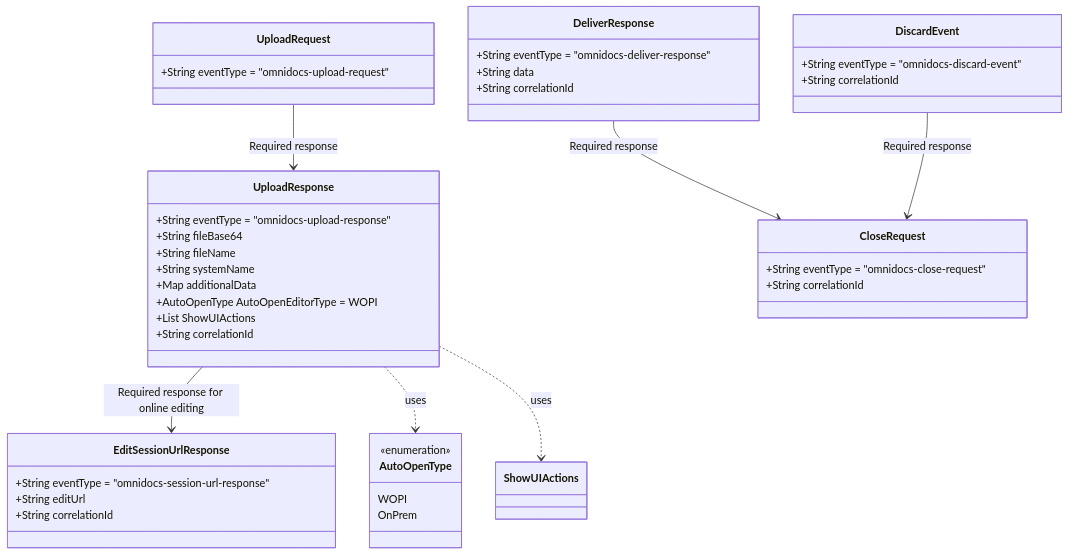
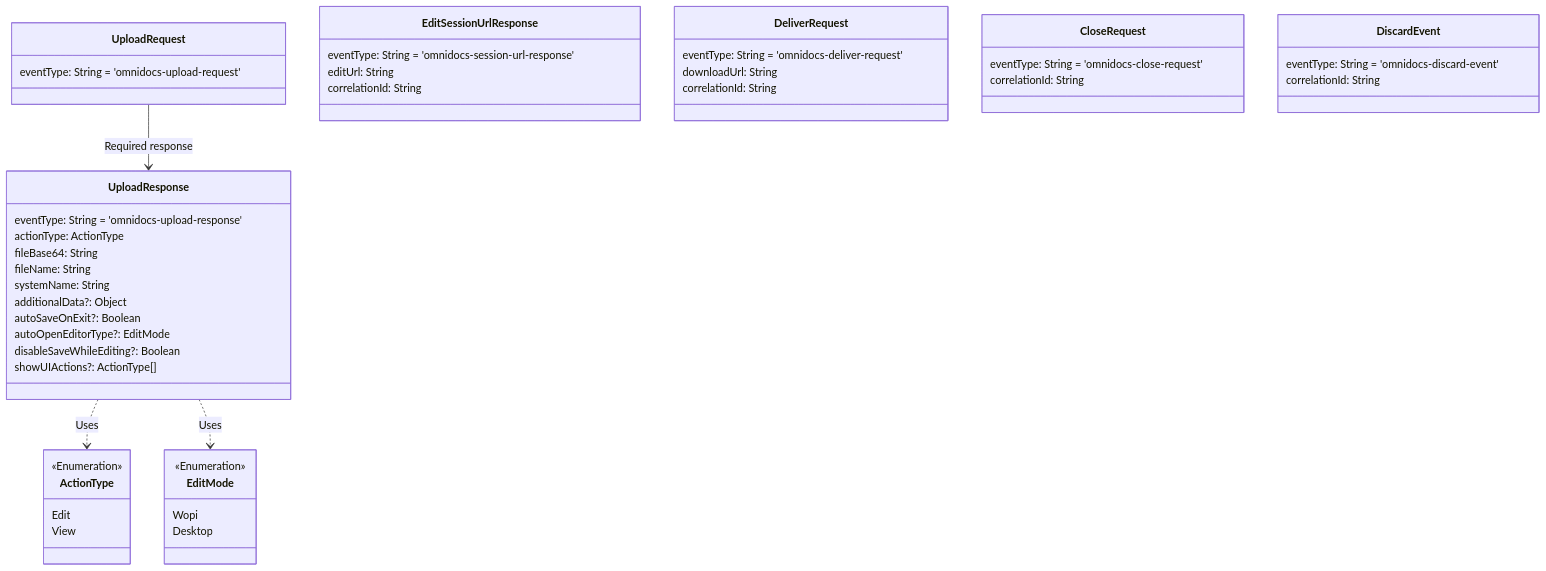
The second of 2 diagrams in README.md (Omnidocs/EditFlow), drawn with Mermaid before and after one commit. The commit also changed other lines of this file, not shown here.

````diff
--- a/README.md
+++ b/README.md
@@ -122,53 +143,53 @@
 ```mermaid
 classDiagram
     class UploadRequest {
-        +String eventType = "omnidocs-upload-request"
+        eventType: String = 'omnidocs-upload-request'
     }
-
     class UploadResponse {
-        +String eventType = "omnidocs-upload-response"
-        +String fileBase64
-        +String fileName
-        +String systemName
-        +Map additionalData
-        +AutoOpenType AutoOpenEditorType = WOPI
-        +List<AutoOpenType> ShowUIActions
-        +String correlationId
-    }
-
-    class AutoOpenType {
-        <<enumeration>>
-        WOPI
-        OnPrem
+        eventType: String = 'omnidocs-upload-response'
+        actionType: ActionType
+        fileBase64: String
+        fileName: String
+        systemName: String
+        additionalData?: Object
+        autoSaveOnExit?: Boolean
+        autoOpenEditorType?: EditMode
+        disableSaveWhileEditing?: Boolean
+        showUIActions?: ActionType[]
     }
 
     class EditSessionUrlResponse {
-        +String eventType = "omnidocs-session-url-response"
-        +String editUrl
-        +String correlationId
+        eventType: String = 'omnidocs-session-url-response'
+        editUrl: String
+        correlationId: String
+    }
+    class DeliverRequest {
+        eventType: String = 'omnidocs-deliver-request'
+        downloadUrl: String
+        correlationId: String
+    }
+    class CloseRequest {
+        eventType: String = 'omnidocs-close-request'
+        correlationId: String
+    }
+    class DiscardEvent {
+        eventType: String = 'omnidocs-discard-event'
+        correlationId: String
     }
 
-    class DeliverResponse {
-        +String eventType = "omnidocs-deliver-response"
-        +String data
-        +String correlationId
+    class ActionType {
+        <<Enumeration>>
+        Edit
+        View
+    }
+    class EditMode {
+        <<Enumeration>>
+        Wopi
+        Desktop
     }
 
-    class CloseRequest {
-        +String eventType = "omnidocs-close-request"
-        +String correlationId
-    }
-
-    class DiscardEvent {
-        +String eventType = "omnidocs-discard-event"
-        +String correlationId
-    }
-
+    %% Relationships
     UploadRequest --> UploadResponse : Required response
-    UploadResponse --> EditSessionUrlResponse : Required response for online editing
-    DeliverResponse --> CloseRequest : Required response
-    DiscardEvent --> CloseRequest : Required response
-    UploadResponse ..> AutoOpenType : uses
-    UploadResponse ..> ShowUIActions : uses
-
+    UploadResponse ..> ActionType : Uses
+    UploadResponse ..> EditMode : Uses
 ```
````
